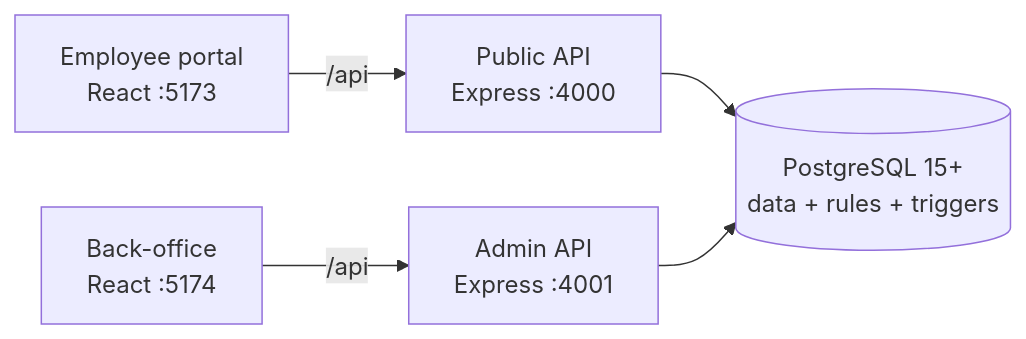
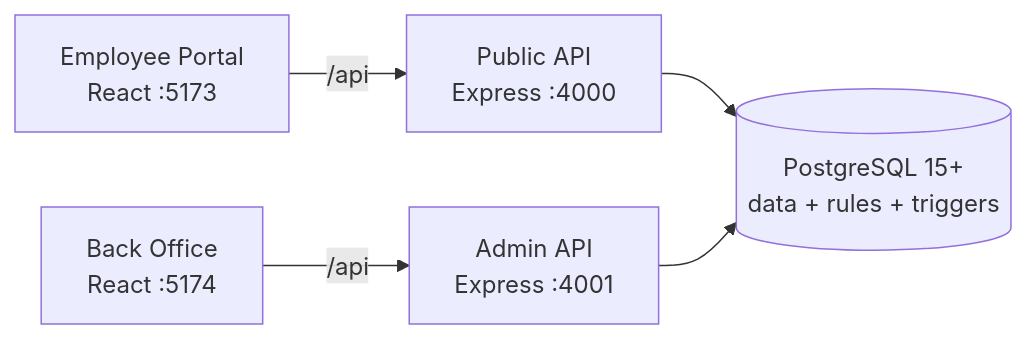
One commit to Manikanta070610/open-teams changed the diagram in README.md. Above: the diagram before and after it, drawn with Mermaid. The commit also changed other lines of this file, not shown here.

````diff
--- a/README.md
+++ b/README.md
@@ -149,7 +123,7 @@
 ```mermaid
 flowchart LR
-    P[Employee portal<br/>React :5173] -->|/api| PUB[Public API<br/>Express :4000]
-    A[Back-office<br/>React :5174] -->|/api| ADM[Admin API<br/>Express :4001]
+    P[Employee Portal<br/>React :5173] -->|/api| PUB[Public API<br/>Express :4000]
+    A[Back Office<br/>React :5174] -->|/api| ADM[Admin API<br/>Express :4001]
     PUB --> DB[(PostgreSQL 15+<br/>data + rules + triggers)]
     ADM --> DB
 ```
````
